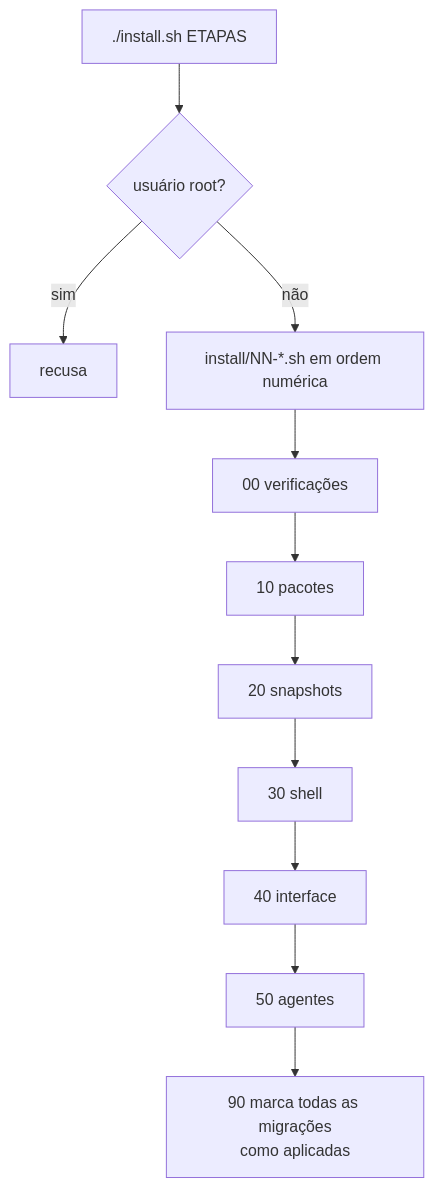
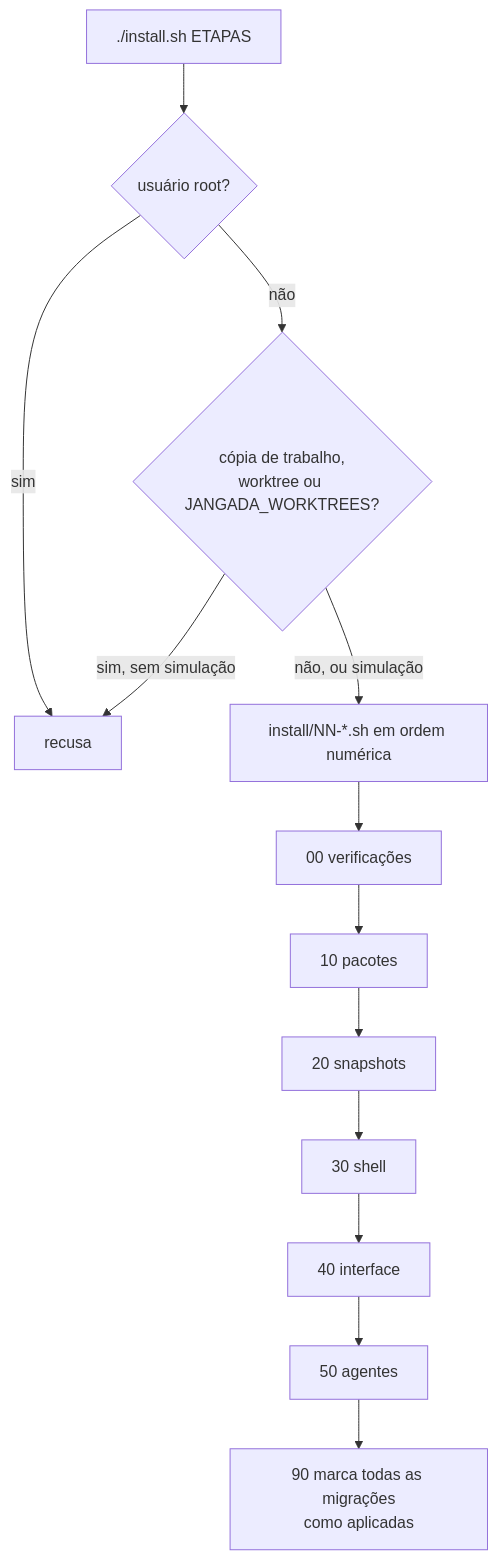
Before and after one commit to felipintoslv/jangada: the first of 3 diagrams in docs/atualizacao-e-migracoes.md, drawn with Mermaid. The commit also changed other lines of this file and 3 other files, not shown here.

First line of the commit message:
fix(instalacao): o install.sh recusa a cópia de trabalho e os worktrees

````diff
--- a/docs/atualizacao-e-migracoes.md
+++ b/docs/atualizacao-e-migracoes.md
@@ -10,9 +10,11 @@
 ```mermaid
 flowchart TD
     A[./install.sh ETAPAS] --> B{usuário root?}
     B -- sim --> X[recusa]
-    B -- não --> C[install/NN-*.sh em ordem numérica]
+    B -- não --> B2{cópia de trabalho,<br>worktree ou JANGADA_WORKTREES?}
+    B2 -- sim, sem simulação --> X
+    B2 -- não, ou simulação --> C[install/NN-*.sh em ordem numérica]
     C --> D[00 verificações] --> E[10 pacotes] --> F[20 snapshots]
     F --> G[30 shell] --> H[40 interface] --> I[50 agentes]
     I --> J[90 marca todas as migrações<br>como aplicadas]
 ```
````
